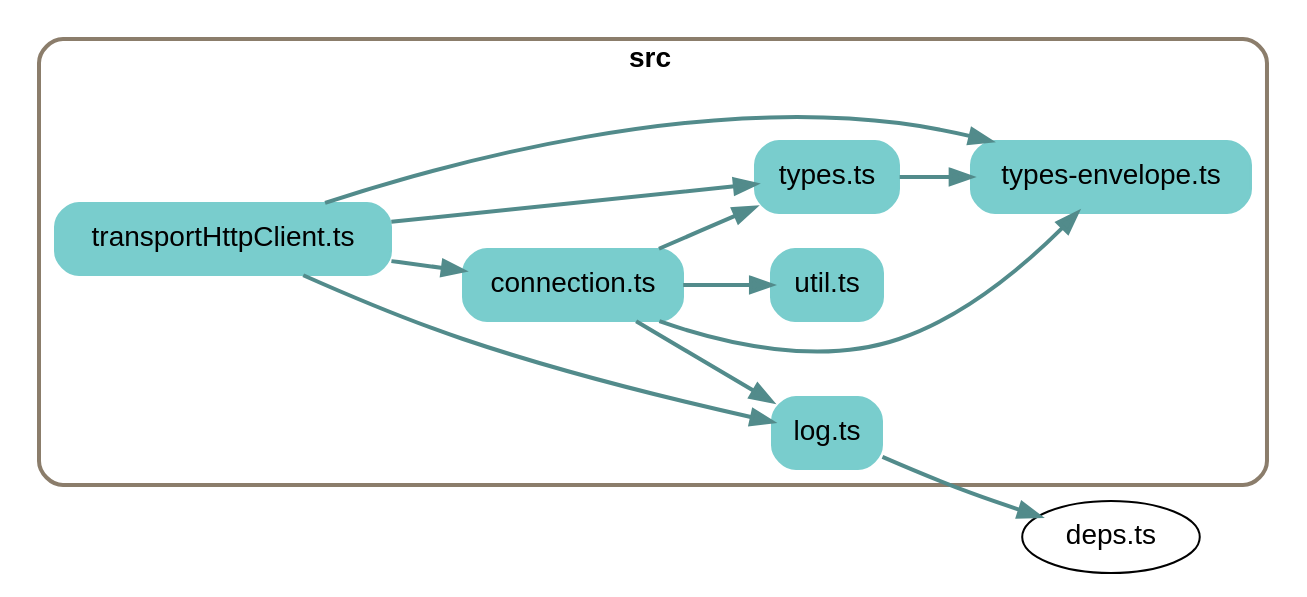
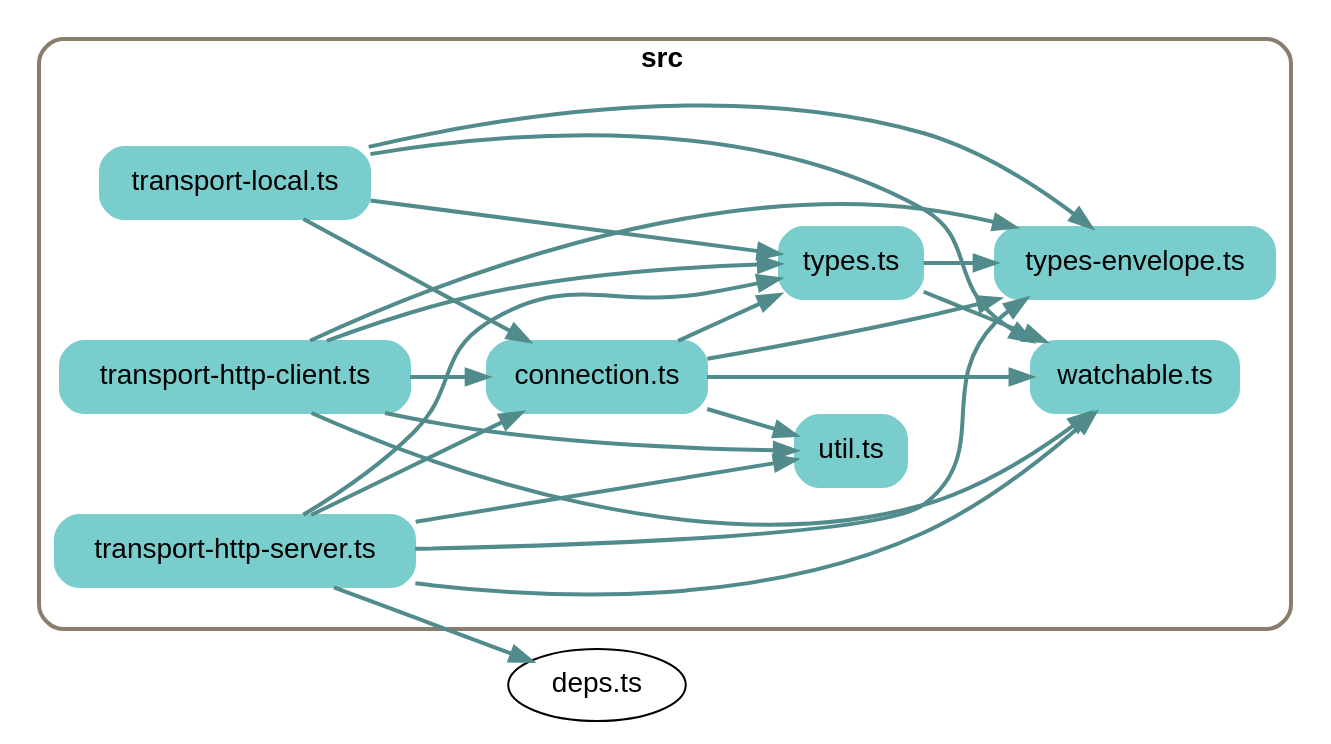
One commit to earthstar-project/earthstar-streaming-rpc changed the diagram in depchart/depchart-simple.dot. Above: the diagram before and after it, drawn with Graphviz. The commit also changed 9 other files, not shown here.

```diff
--- a/depchart/depchart-simple.dot
+++ b/depchart/depchart-simple.dot
@@ -1,41 +1,54 @@
 
 digraph G {
     //splines=line;
     //splines=polyline;
     splines=true;
     rankdir=LR;
     //newrank=true;
     compound=true;
     graph [fontname = "helvetica"];  // dpi=72
     node [fontname = "helvetica"];
     edge [fontname = "helvetica"];
     
     // files in their folder clusters
 
-    subgraph cluster4560059362 {
+    subgraph cluster3346056155 {
         label=<<b>src</b>>;
         style="rounded";
         color=bisque4;
         penwidth=2;
                     
         "src/connection.ts" [label="connection.ts", shape=rectangle; style="rounded,filled"; color=darkslategray3];
-        "src/log.ts" [label="log.ts", shape=rectangle; style="rounded,filled"; color=darkslategray3];
-        "src/transportHttpClient.ts" [label="transportHttpClient.ts", shape=rectangle; style="rounded,filled"; color=darkslategray3];
+        "src/transport-http-client.ts" [label="transport-http-client.ts", shape=rectangle; style="rounded,filled"; color=darkslategray3];
+        "src/transport-http-server.ts" [label="transport-http-server.ts", shape=rectangle; style="rounded,filled"; color=darkslategray3];
+        "src/transport-local.ts" [label="transport-local.ts", shape=rectangle; style="rounded,filled"; color=darkslategray3];
         "src/types-envelope.ts" [label="types-envelope.ts", shape=rectangle; style="rounded,filled"; color=darkslategray3];
         "src/types.ts" [label="types.ts", shape=rectangle; style="rounded,filled"; color=darkslategray3];
         "src/util.ts" [label="util.ts", shape=rectangle; style="rounded,filled"; color=darkslategray3];
+        "src/watchable.ts" [label="watchable.ts", shape=rectangle; style="rounded,filled"; color=darkslategray3];
     }
 
     // edges between files
     "src/connection.ts" -> "src/types.ts" [penwidth=2; color=darkslategray4];
     "src/connection.ts" -> "src/types-envelope.ts" [penwidth=2; color=darkslategray4];
+    "src/connection.ts" -> "src/watchable.ts" [penwidth=2; color=darkslategray4];
     "src/connection.ts" -> "src/util.ts" [penwidth=2; color=darkslategray4];
-    "src/connection.ts" -> "src/log.ts" [penwidth=2; color=darkslategray4];
-    "src/log.ts" -> "deps.ts" [penwidth=2; color=darkslategray4];
-    "src/transportHttpClient.ts" -> "src/types.ts" [penwidth=2; color=darkslategray4];
-    "src/transportHttpClient.ts" -> "src/types-envelope.ts" [penwidth=2; color=darkslategray4];
-    "src/transportHttpClient.ts" -> "src/connection.ts" [penwidth=2; color=darkslategray4];
-    "src/transportHttpClient.ts" -> "src/log.ts" [penwidth=2; color=darkslategray4];
+    "src/transport-http-client.ts" -> "src/types.ts" [penwidth=2; color=darkslategray4];
+    "src/transport-http-client.ts" -> "src/types-envelope.ts" [penwidth=2; color=darkslategray4];
+    "src/transport-http-client.ts" -> "src/watchable.ts" [penwidth=2; color=darkslategray4];
+    "src/transport-http-client.ts" -> "src/util.ts" [penwidth=2; color=darkslategray4];
+    "src/transport-http-client.ts" -> "src/connection.ts" [penwidth=2; color=darkslategray4];
+    "src/transport-http-server.ts" -> "src/types.ts" [penwidth=2; color=darkslategray4];
+    "src/transport-http-server.ts" -> "src/types-envelope.ts" [penwidth=2; color=darkslategray4];
+    "src/transport-http-server.ts" -> "src/util.ts" [penwidth=2; color=darkslategray4];
+    "src/transport-http-server.ts" -> "src/watchable.ts" [penwidth=2; color=darkslategray4];
+    "src/transport-http-server.ts" -> "src/connection.ts" [penwidth=2; color=darkslategray4];
+    "src/transport-http-server.ts" -> "deps.ts" [penwidth=2; color=darkslategray4];
+    "src/transport-local.ts" -> "src/types.ts" [penwidth=2; color=darkslategray4];
+    "src/transport-local.ts" -> "src/types-envelope.ts" [penwidth=2; color=darkslategray4];
+    "src/transport-local.ts" -> "src/watchable.ts" [penwidth=2; color=darkslategray4];
+    "src/transport-local.ts" -> "src/connection.ts" [penwidth=2; color=darkslategray4];
     "src/types.ts" -> "src/types-envelope.ts" [penwidth=2; color=darkslategray4];
+    "src/types.ts" -> "src/watchable.ts" [penwidth=2; color=darkslategray4];
 
 }
```
